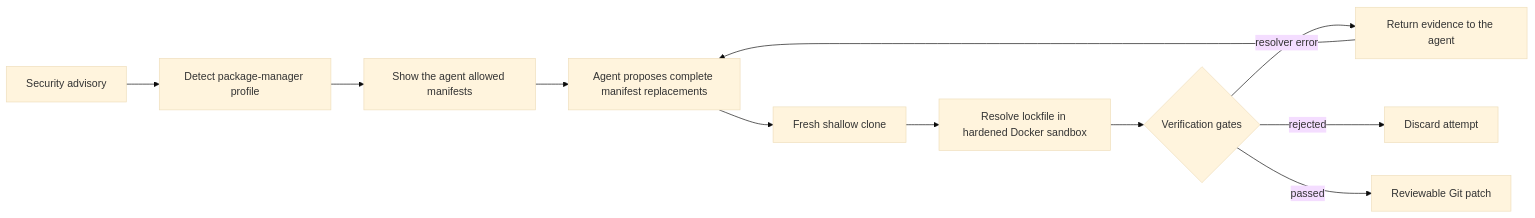
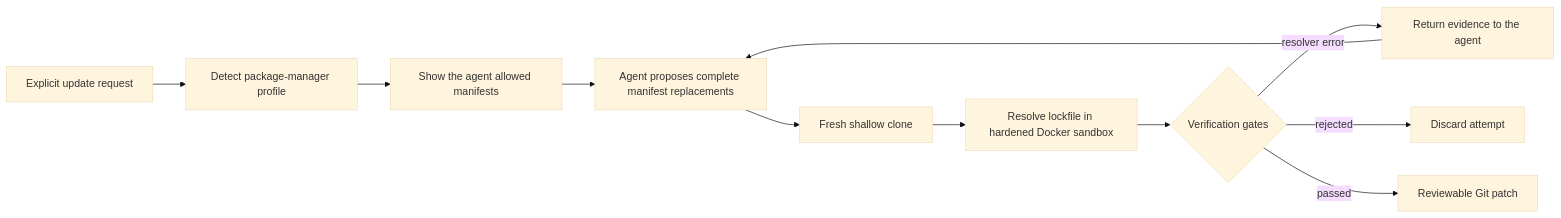
The diagram in README.md (Pirikara/bumpire), drawn with Mermaid (base theme) before and after one commit. The commit also changed other lines of this file and 18 other files, not shown here.

````diff
--- a/README.md
+++ b/README.md
@@ -54,13 +58,13 @@
 ```mermaid
 flowchart LR
-    A[Security advisory] --> B[Detect package-manager profile]
+    A[Explicit update request] --> B[Detect package-manager profile]
     B --> C[Show the agent allowed manifests]
     C --> D[Agent proposes complete manifest replacements]
     D --> E[Fresh shallow clone]
     E --> F[Resolve lockfile in hardened Docker sandbox]
     F --> G{Verification gates}
     G -- resolver error --> H[Return evidence to the agent]
     H --> D
     G -- rejected --> X[Discard attempt]
     G -- passed --> I[Reviewable Git patch]
 ```
````
